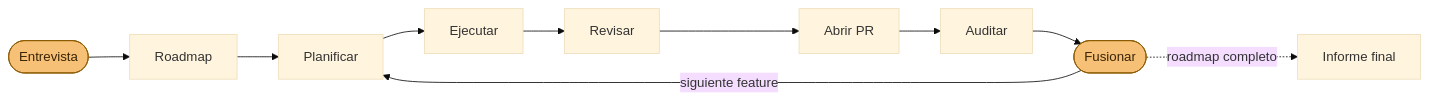
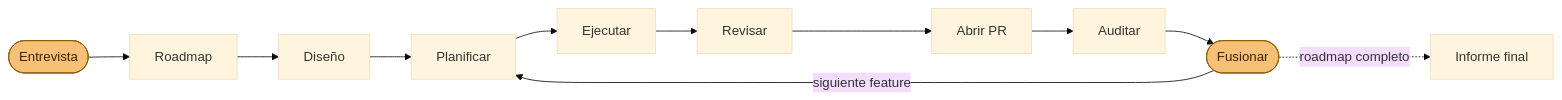
Before and after one commit to gtrabanco/agentic-workflow: the diagram in README.es.md, drawn with Mermaid (base theme). The commit also changed 7 other files, not shown here.

````diff
--- a/README.es.md
+++ b/README.es.md
@@ -165,8 +165,8 @@
 ```mermaid
 flowchart LR
-    I([Entrevista]):::tu --> RM[Roadmap] --> P[Planificar]
+    I([Entrevista]):::tu --> RM[Roadmap] --> D[Diseño] --> P[Planificar]
     P --> X[Ejecutar] --> RV[Revisar] --> PR[Abrir PR] --> A[Auditar] --> M([Fusionar]):::tu
     M -->|siguiente feature| P
     M -.->|roadmap completo| REP[Informe final]
     classDef tu fill:#f6c177,stroke:#8a5a00,color:#3a2406;
 ```
````
